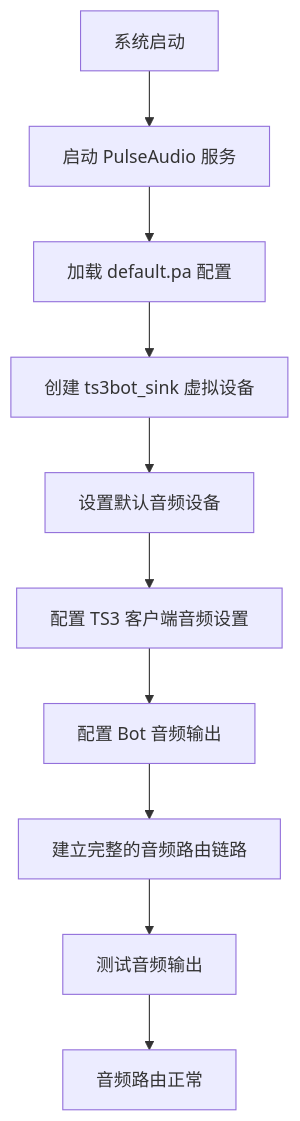
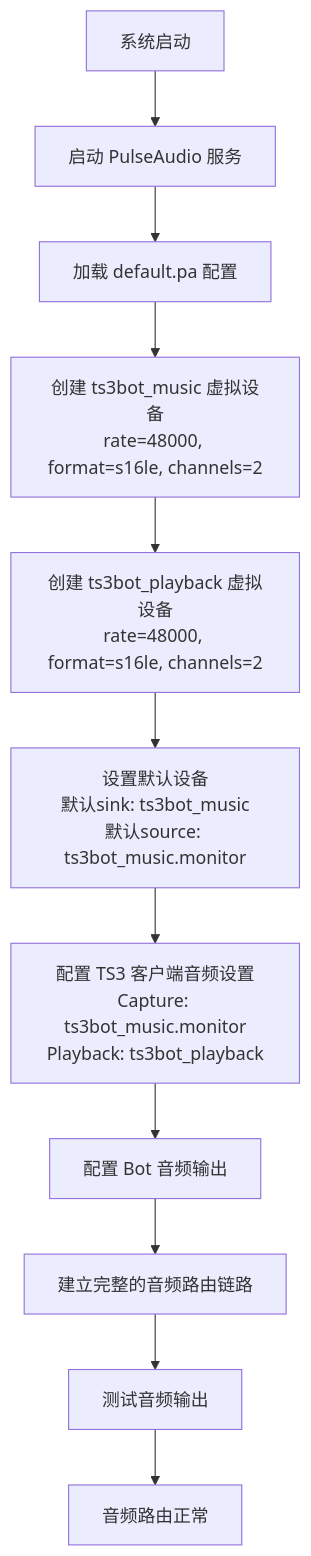
One commit to GhoulOwl/Teamspeak3_Bot changed diagram 11 of 14 in .qoder/repowiki/zh/content/音乐播放系统/音频控制器.md. Above: the diagram before and after it, drawn with Mermaid. The commit also changed other lines of this file and 13 other files, not shown here.

````diff
--- a/.qoder/repowiki/zh/content/音乐播放系统/音频控制器.md
+++ b/.qoder/repowiki/zh/content/音乐播放系统/音频控制器.md
@@ -474,12 +580,13 @@
 ```mermaid
 flowchart TD
 Start["系统启动"] --> PulseAudio["启动 PulseAudio 服务"]
 PulseAudio --> Config["加载 default.pa 配置"]
-Config --> CreateSink["创建 ts3bot_sink 虚拟设备"]
-CreateSink --> SetDefault["设置默认音频设备"]
-SetDefault --> TS3Config["配置 TS3 客户端音频设置"]
+Config --> CreateMusicSink["创建 ts3bot_music 虚拟设备<br/>rate=48000, format=s16le, channels=2"]
+CreateMusicSink --> CreatePlaybackSink["创建 ts3bot_playback 虚拟设备<br/>rate=48000, format=s16le, channels=2"]
+CreatePlaybackSink --> SetDefaults["设置默认设备<br/>默认sink: ts3bot_music<br/>默认source: ts3bot_music.monitor"]
+SetDefaults --> TS3Config["配置 TS3 客户端音频设置<br/>Capture: ts3bot_music.monitor<br/>Playback: ts3bot_playback"]
 TS3Config --> BotAudio["配置 Bot 音频输出"]
 BotAudio --> Route["建立完整的音频路由链路"]
 Route --> Test["测试音频输出"]
 Test --> Success["音频路由正常"]
 ```
````
